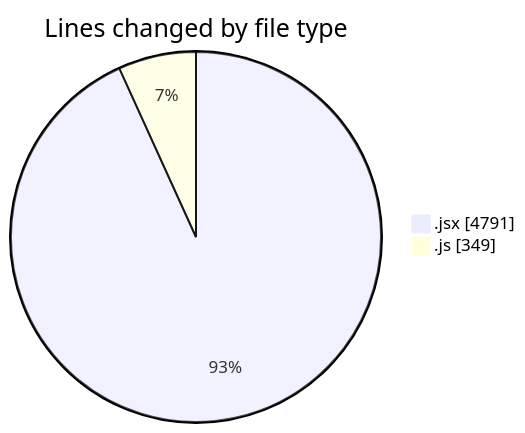
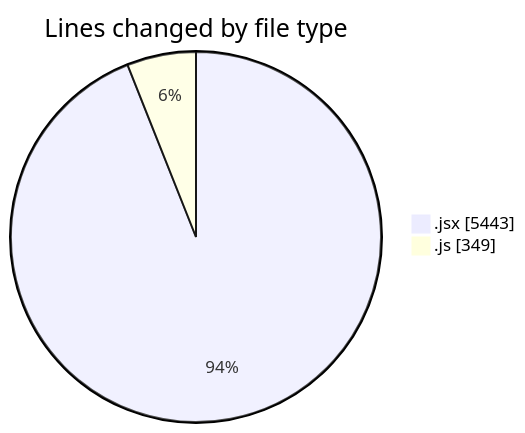
Before and after one commit to nxtqubesakshisongat/code-tracking: the first of 2 diagrams in 2025-12-11/nxtqube_webapp/README.md, drawn with Mermaid. The commit also changed other lines of this file and 1 other file, not shown here.

````diff
--- a/2025-12-11/nxtqube_webapp/README.md
+++ b/2025-12-11/nxtqube_webapp/README.md
@@ -25,6 +28,6 @@
 ```mermaid
 pie showData
 title Lines changed by file type
-".jsx" : 4791
+".jsx" : 5443
 ".js" : 349
 ```
````
